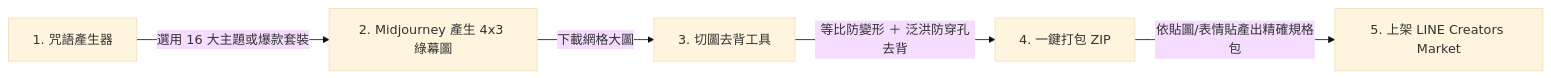
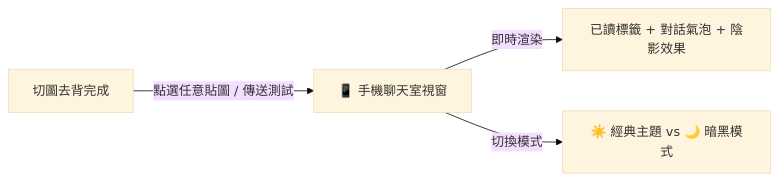
Before and after one commit to dinghnes/line-sticker-maker: the diagram in README.md, drawn with Mermaid (base theme). The commit also changed other lines of this file, not shown here.

````diff
--- a/README.md
+++ b/README.md
@@ -56,7 +45,6 @@
 ```mermaid
 flowchart LR
-    A[1. 咒語產生器] -->|選用 16 大主題或爆款套裝| B[2. Midjourney 產生 4x3 綠幕圖]
-    B -->|下載網格大圖| C[3. 切圖去背工具]
-    C -->|等比防變形 ＋ 泛洪防穿孔去背| D[4. 一鍵打包 ZIP]
-    D -->|依貼圖/表情貼產出精確規格包| E[5. 上架 LINE Creators Market]
+    A[切圖去背完成] -->|點選任意貼圖 / 傳送測試| B[📱 手機聊天室視窗]
+    B -->|即時渲染| C[已讀標籤 + 對話氣泡 + 陰影效果]
+    B -->|切換模式| D[☀️ 經典主題 vs 🌙 暗黑模式]
 ```
````
